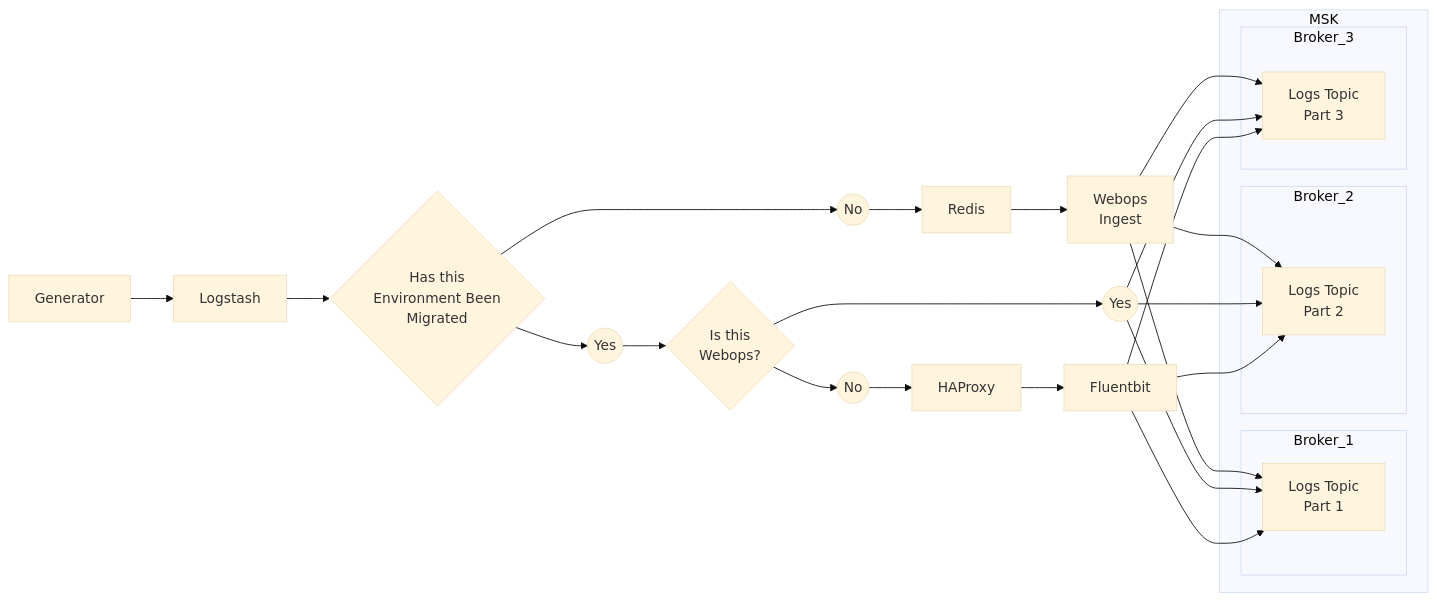
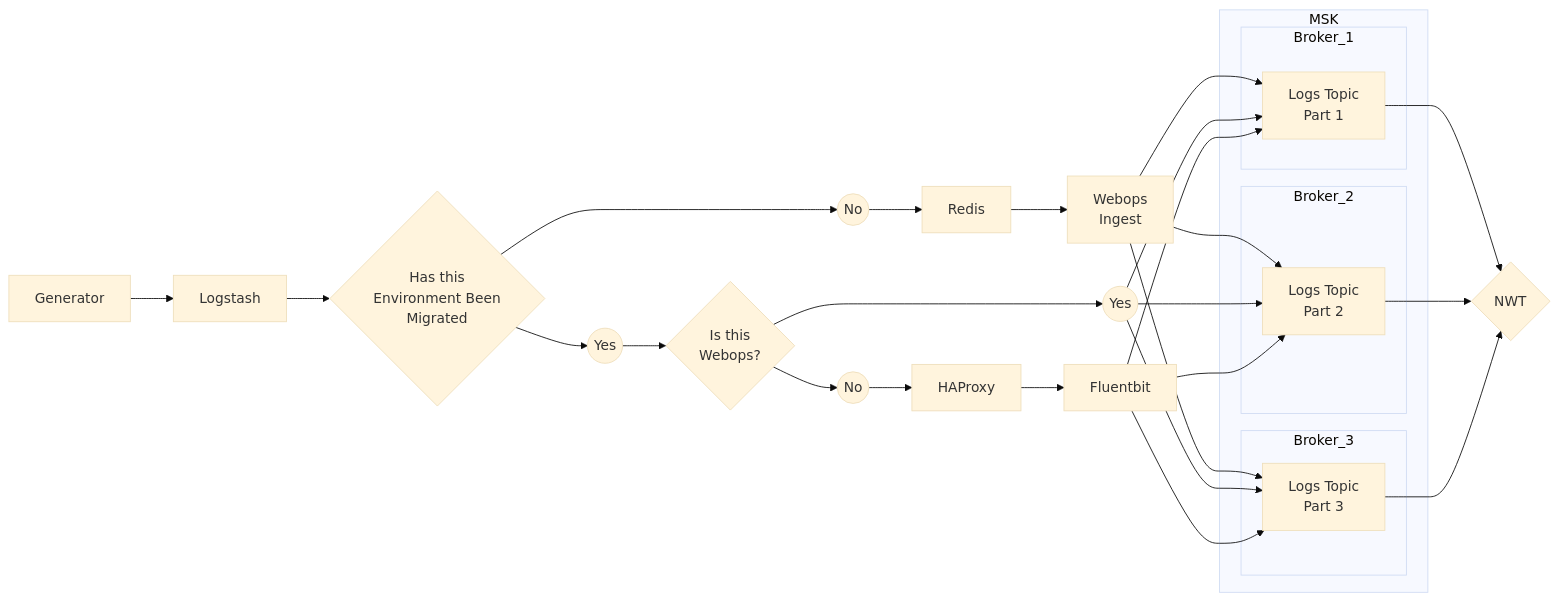
Before and after one commit to Saskia-MDTP/can-hedgehogs-fly: the second of 2 diagrams in README.md, drawn with Mermaid (base theme).

````diff
--- a/README.md
+++ b/README.md
@@ -15,32 +15,36 @@
 ```mermaid
   graph LR;
       subgraph MSK
           subgraph Broker_1
               P1[Logs Topic<br/>Part 1];
            end
           subgraph Broker_2
               P2[Logs Topic<br/>Part 2];
            end
           subgraph Broker_3
               P3[Logs Topic<br/>Part 3];
            end
        end
    Generator-->Logstash;
    Logstash-->Q1{Has this<br/>Environment Been<br/>Migrated};
    Q1-->Y1((Yes));
    Q1-->N1((No));
    N1-->Redis-->I1[Webops<br/>Ingest];
    I1-->P1;
    I1-->P2;
    I1-->P3;
    Y1-->Q2{Is this<br/>Webops?};
    Q2-->Y2((Yes));
    Q2-->N2((No));
    Y2-->P1;
    Y2-->P2;
    Y2-->P3;
    N2-->HAProxy-->Fluentbit;
    Fluentbit-->P1;
    Fluentbit-->P2;
    Fluentbit-->P3;
+   I2{NWT<br/>};
+   P1-->I2;
+   P2-->I2;
+   P3-->I2;
 ```
````
